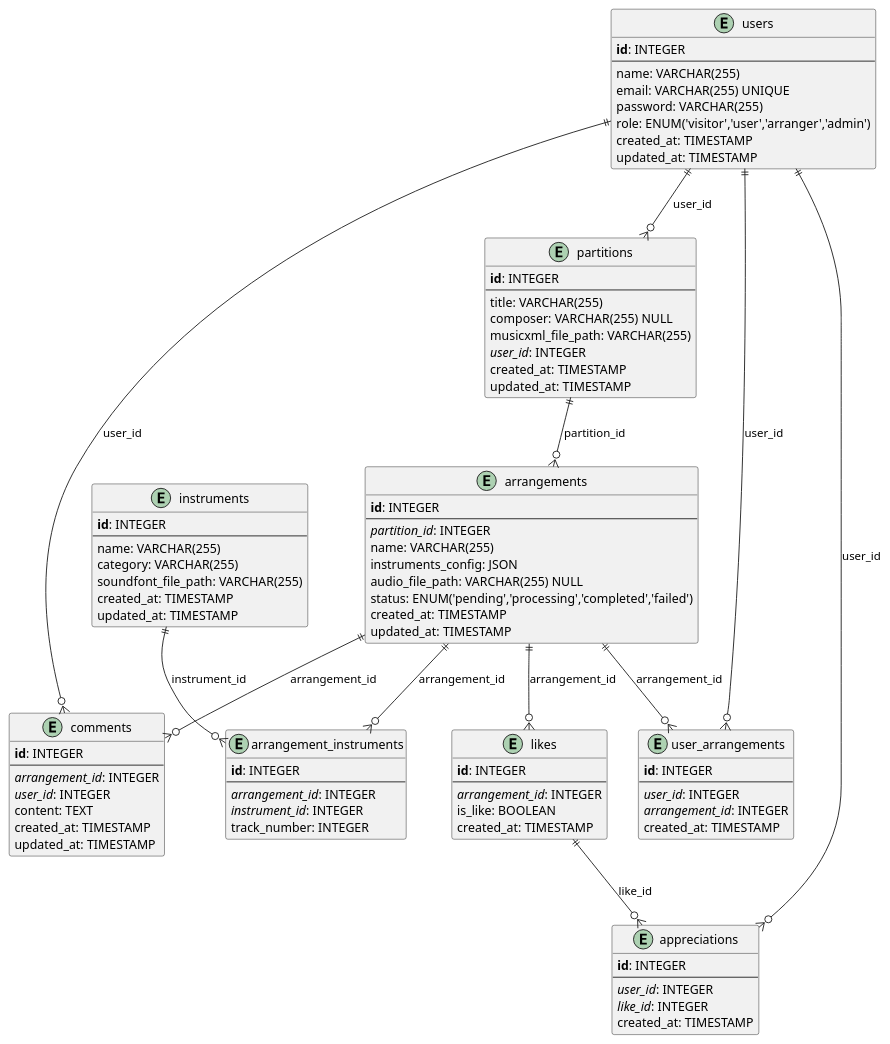
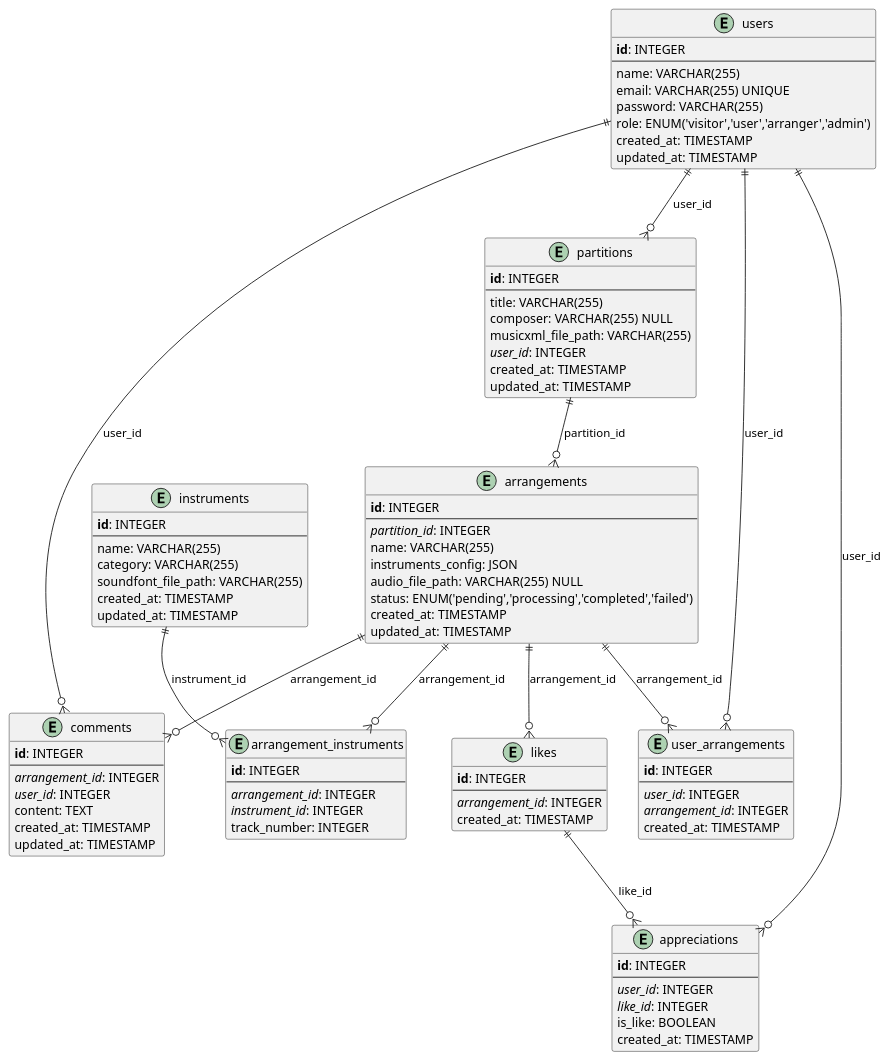
The second of 2 diagrams in README.md (OretrO/Len-Synphonie), drawn with PlantUML before and after one commit.

Commit message:
ajout class

````diff
--- a/README.md
+++ b/README.md
@@ -138,5 +138,4 @@
 ```plantuml
-@startuml
 hide methods
 hide stereotypes
 
@@ -206,7 +205,6 @@
   <b>id</b>: INTEGER
   --
   <i>arrangement_id</i>: INTEGER
-  is_like: BOOLEAN
   created_at: TIMESTAMP
 }
 
@@ -215,6 +213,7 @@
   --
   <i>user_id</i>: INTEGER
   <i>like_id</i>: INTEGER
+  is_like: BOOLEAN
   created_at: TIMESTAMP
 }
 
@@ -241,6 +240,4 @@
 instruments ||--o{ arrangement_instruments : "instrument_id"
 
 likes ||--o{ appreciations : "like_id"
-
-@enduml
 ```
````
